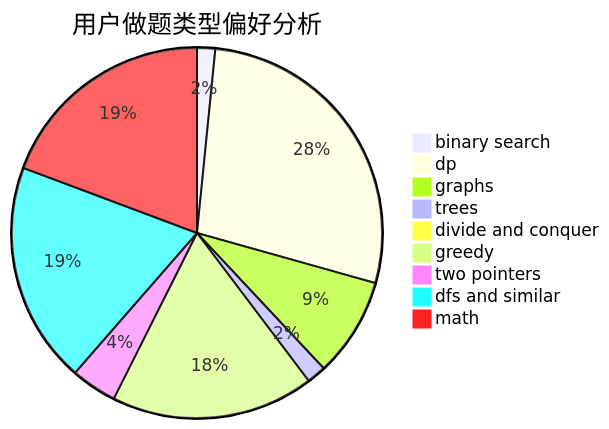
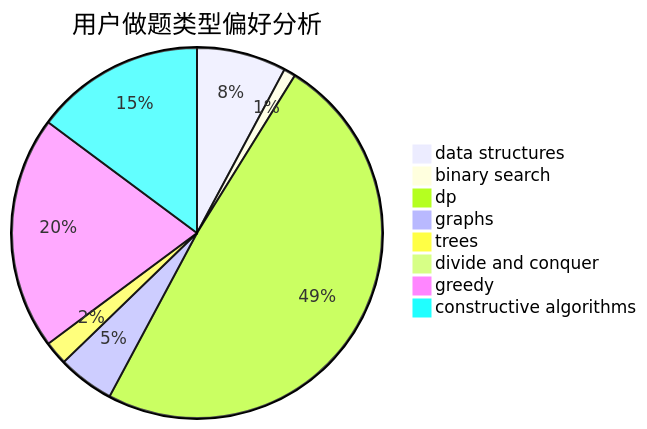
One commit to sherpahu/cfrs.github.io changed the second of 3 diagrams in docs/user/u237.md. Above: the diagram before and after it, drawn with Mermaid. The commit also changed other lines of this file and 2775 other files, not shown here.

````diff
--- a/docs/user/u237.md
+++ b/docs/user/u237.md
@@ -23,12 +23,11 @@
 ```mermaid
 pie title 用户做题类型偏好分析
-    "binary search" :  17
-    "dp" :  298
-    "graphs" :  93
-    "trees" :  18
+    "data structures" :  38
+    "binary search" :  5
+    "dp" :  238
+    "graphs" :  24
+    "trees" :  10
     "divide and conquer" :  0
-    "greedy" :  190
-    "two pointers" :  43
-    "dfs and similar" :  207
-    "math" :  207
+    "greedy" :  99
+    "constructive algorithms" :  72
 ```
````
